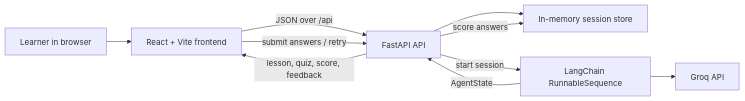
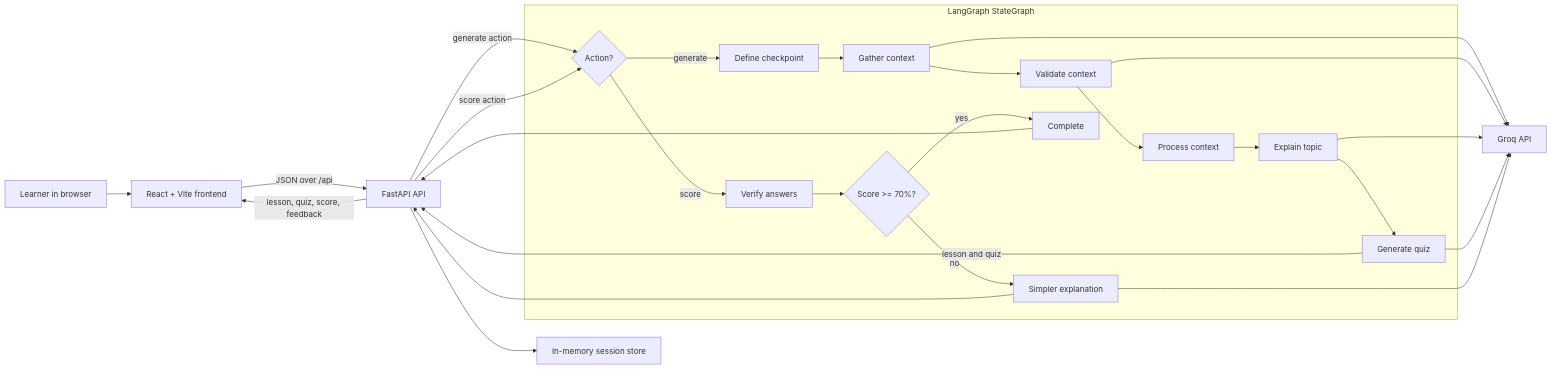
One commit to azij2023/learning-agent changed the diagram in README.md. Above: the diagram before and after it, drawn with Mermaid. The commit also changed other lines of this file and 3 other files, not shown here.

Commit message:
Route learning workflow through LangGraph

````diff
--- a/README.md
+++ b/README.md
@@ -28,19 +28,39 @@
 ```mermaid
 flowchart LR
     Learner["Learner in browser"]
     UI["React + Vite frontend"]
     API["FastAPI API"]
     Store["In-memory session store"]
-    Pipeline["LangChain RunnableSequence"]
+    subgraph Graph["LangGraph StateGraph"]
+        Route{"Action?"}
+        Define["Define checkpoint"]
+        Gather["Gather context"]
+        Validate["Validate context"]
+        Process["Process context"]
+        Explain["Explain topic"]
+        Quiz["Generate quiz"]
+        Verify["Verify answers"]
+        Decide{"Score >= 70%?"}
+        Feynman["Simpler explanation"]
+        Route -->|generate| Define --> Gather --> Validate --> Process --> Explain --> Quiz
+        Route -->|score| Verify --> Decide
+        Decide -->|yes| Complete["Complete"]
+        Decide -->|no| Feynman
+    end
     Groq["Groq API"]
 
     Learner --> UI
     UI -->|"JSON over /api"| API
-    API -->|"start session"| Pipeline
-    Pipeline --> Groq
-    Pipeline -->|"AgentState"| API
+    API -->|"generate action"| Route
+    API -->|"score action"| Route
+    Gather --> Groq
+    Validate --> Groq
+    Explain --> Groq
+    Quiz --> Groq
+    Feynman --> Groq
+    Quiz -->|"lesson and quiz"| API
+    Complete --> API
+    Feynman --> API
     API --> Store
-    UI -->|"submit answers / retry"| API
-    API -->|"score answers"| Store
     API -->|"lesson, quiz, score, feedback"| UI
 ```
````
